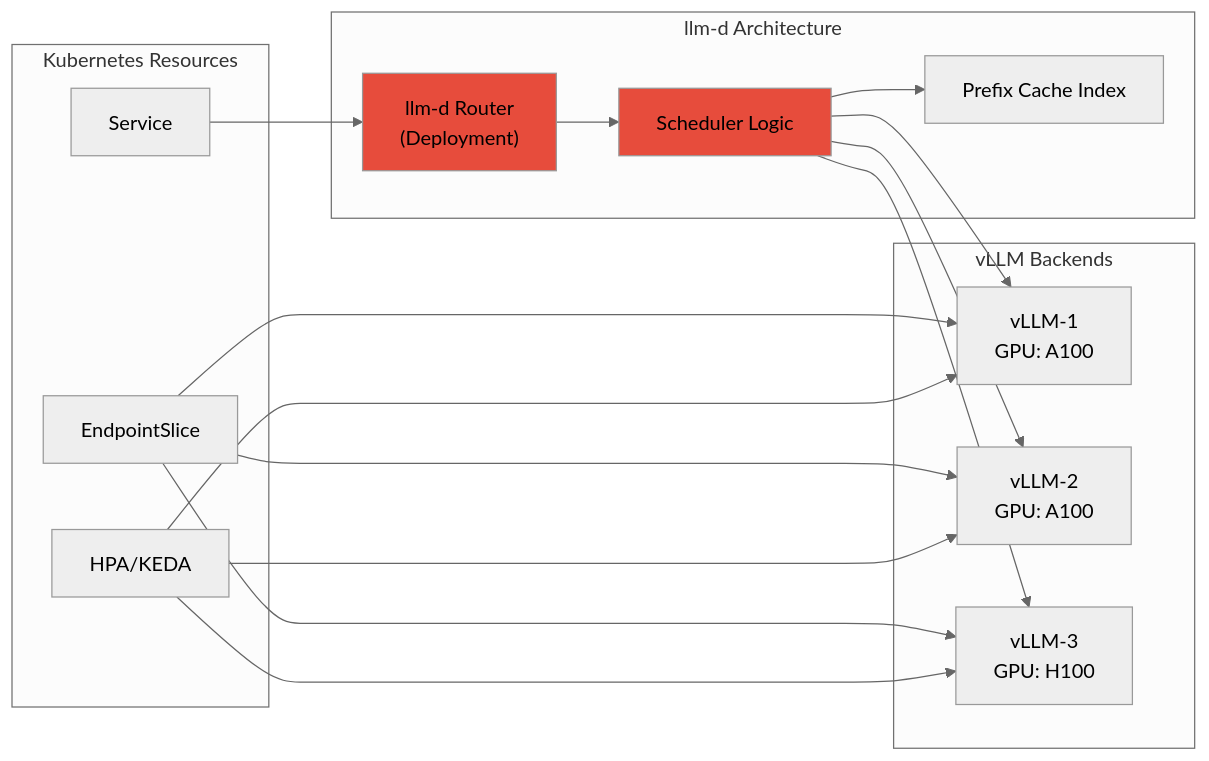
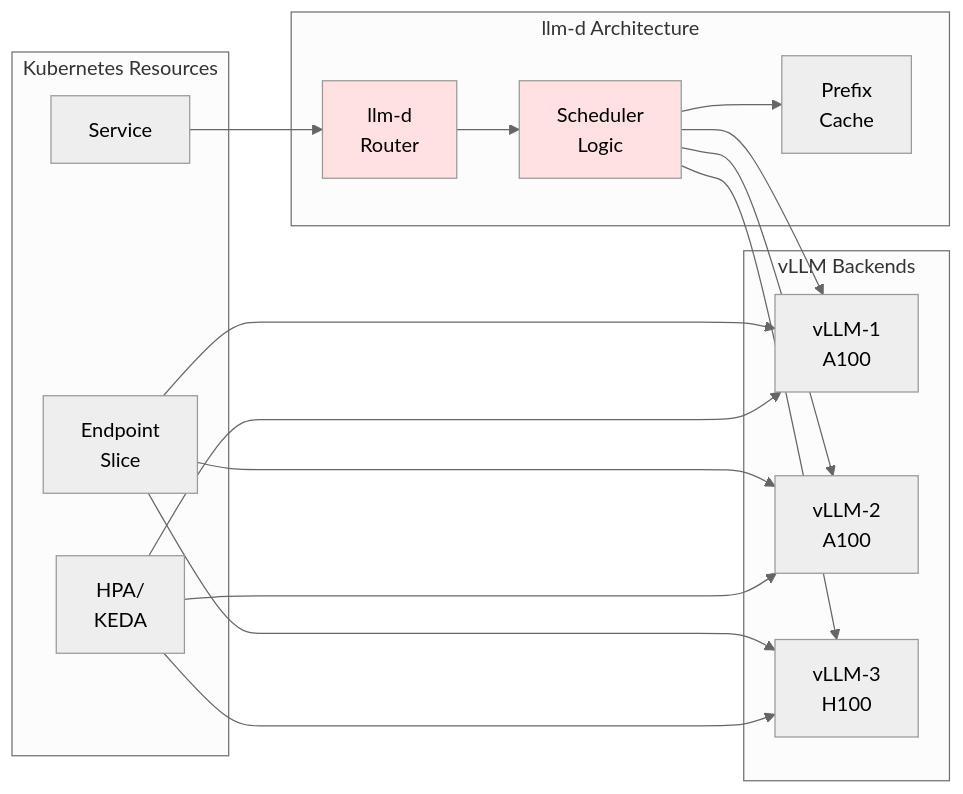
One commit to devfloor9/engineering-playbook changed diagram 13 of 16 in docs/agentic-ai-platform/design-architecture/agentic-ai-challenges.md. Above: the diagram before and after it, drawn with Mermaid (neutral theme). The commit also changed other lines of this file and 24 other files, not shown here.

````diff
--- a/docs/agentic-ai-platform/design-architecture/agentic-ai-challenges.md
+++ b/docs/agentic-ai-platform/design-architecture/agentic-ai-challenges.md
@@ -702,29 +732,36 @@
 ```mermaid
-graph LR
-    subgraph "llm-d Architecture"
-        ROUTER["llm-d Router<br/>(Deployment)"]
-        SCHED["Scheduler Logic"]
-        CACHE["Prefix Cache Index"]
+flowchart LR
+    subgraph LlmdArch["llm-d Architecture"]
+        ROUTER["llm-d<br/>Router"]
+        SCHED["Scheduler<br/>Logic"]
+        CACHE["Prefix<br/>Cache"]
     end
 
-    subgraph "vLLM Backends"
-        V1["vLLM-1<br/>GPU: A100"]
-        V2["vLLM-2<br/>GPU: A100"]
-        V3["vLLM-3<br/>GPU: H100"]
+    subgraph VllmBackends["vLLM Backends"]
+        V1["vLLM-1<br/>A100"]
+        V2["vLLM-2<br/>A100"]
+        V3["vLLM-3<br/>H100"]
     end
 
-    subgraph "Kubernetes Resources"
+    subgraph K8sResources["Kubernetes Resources"]
         SVC["Service"]
-        EP["EndpointSlice"]
-        HPA["HPA/KEDA"]
+        EP["Endpoint<br/>Slice"]
+        HPA["HPA/<br/>KEDA"]
     end
 
-    ROUTER --> SCHED --> CACHE
-    SCHED --> V1 & V2 & V3
+    ROUTER --> SCHED
+    SCHED --> CACHE
+    SCHED --> V1
+    SCHED --> V2
+    SCHED --> V3
     SVC --> ROUTER
-    EP --> V1 & V2 & V3
-    HPA --> V1 & V2 & V3
+    EP --> V1
+    EP --> V2
+    EP --> V3
+    HPA --> V1
+    HPA --> V2
+    HPA --> V3
 
-    style ROUTER fill:#e74c3c
-    style SCHED fill:#e74c3c
+    style ROUTER fill:#ffe1e1
+    style SCHED fill:#ffe1e1
 ```
````
